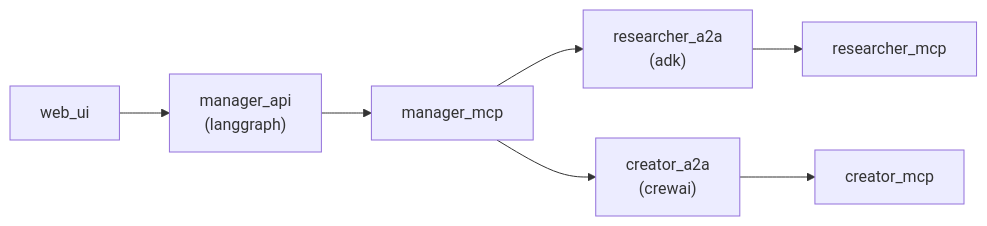
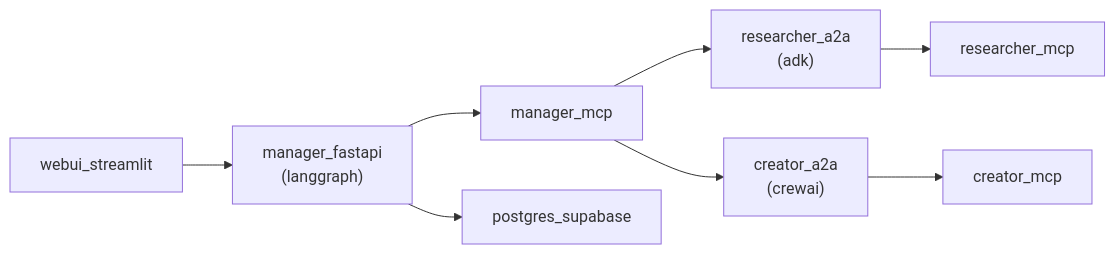
One commit to metoonhathung/ai-agent changed the diagram in README.md. Above: the diagram before and after it, drawn with Mermaid. The commit also changed other lines of this file and 5 other files, not shown here.

Commit message:
postgres supabase

````diff
--- a/README.md
+++ b/README.md
@@ -11,12 +11,13 @@
 ```mermaid
 flowchart LR
-  A[web_ui] --> B["`manager_api
+  A[webui_streamlit] --> B["`manager_fastapi
   (langgraph)`"]
   B --> C[manager_mcp]
+  B --> H[postgres_supabase]
   C --> D["`researcher_a2a
   (adk)`"]
   D --> E[researcher_mcp]
   C --> F["`creator_a2a
   (crewai)`"]
   F --> G[creator_mcp]
 ```
````
